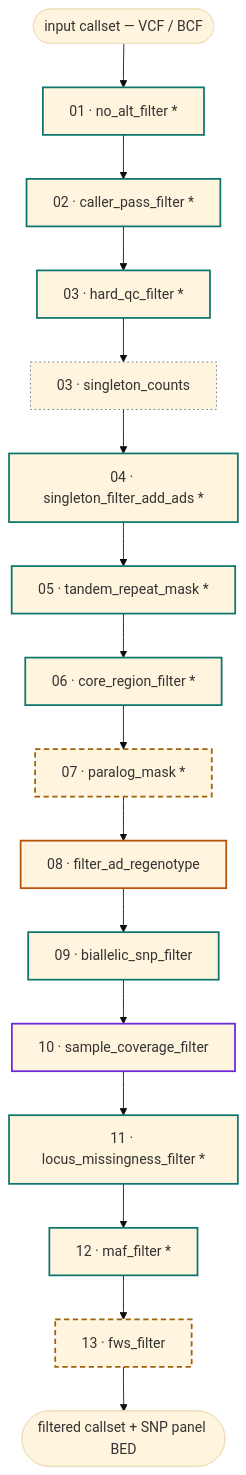
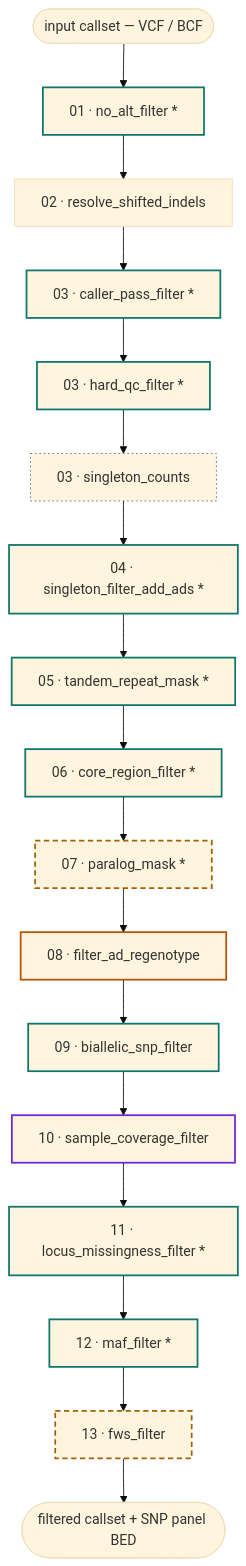
One commit to nickjhathaway/plasgenomicsutils changed the diagram in docs/filtering.md. Above: the diagram before and after it, drawn with Mermaid (base theme). The commit also changed other lines of this file and 16 other files, not shown here.

````diff
--- a/docs/filtering.md
+++ b/docs/filtering.md
@@ -590,34 +711,35 @@
 ```mermaid
 flowchart TD
     IN(["input callset — VCF / BCF"])
     S01["01 · no_alt_filter *"]
-    S01b["02 · caller_pass_filter *"]
+    S01a["02 · resolve_shifted_indels"]
+    S01b["03 · caller_pass_filter *"]
     S02["03 · hard_qc_filter *"]
     S03["03 · singleton_counts"]
     S04["04 · singleton_filter_add_ads *"]
     S05["05 · tandem_repeat_mask *"]
     S06["06 · core_region_filter *"]
     S07["07 · paralog_mask *"]
     S08["08 · filter_ad_regenotype"]
     S09["09 · biallelic_snp_filter"]
     S10["10 · sample_coverage_filter"]
     S11["11 · locus_missingness_filter *"]
     S12["12 · maf_filter *"]
     S13["13 · fws_filter"]
     OUT(["filtered callset + SNP panel BED"])
 
-    IN --> S01 --> S01b --> S02 --> S03 --> S04 --> S05 --> S06 --> S07 --> S08
+    IN --> S01 --> S01a --> S01b --> S02 --> S03 --> S04 --> S05 --> S06 --> S07 --> S08
     S08 --> S09 --> S10 --> S11 --> S12 --> S13 --> OUT
 
     classDef variant stroke:#0f766e,stroke-width:2px
     classDef genotype stroke:#b45309,stroke-width:2px
     classDef sample stroke:#6d28d9,stroke-width:2px
     classDef report stroke:#64748b,stroke-width:1px,stroke-dasharray:2 3
     classDef disabled stroke:#a16207,stroke-width:2px,stroke-dasharray:6 4
 
     class S01,S01b,S02,S04,S05,S06,S09,S11,S12 variant
     class S08 genotype
     class S10 sample
     class S03 report
     class S07,S13 disabled
 ```
````
